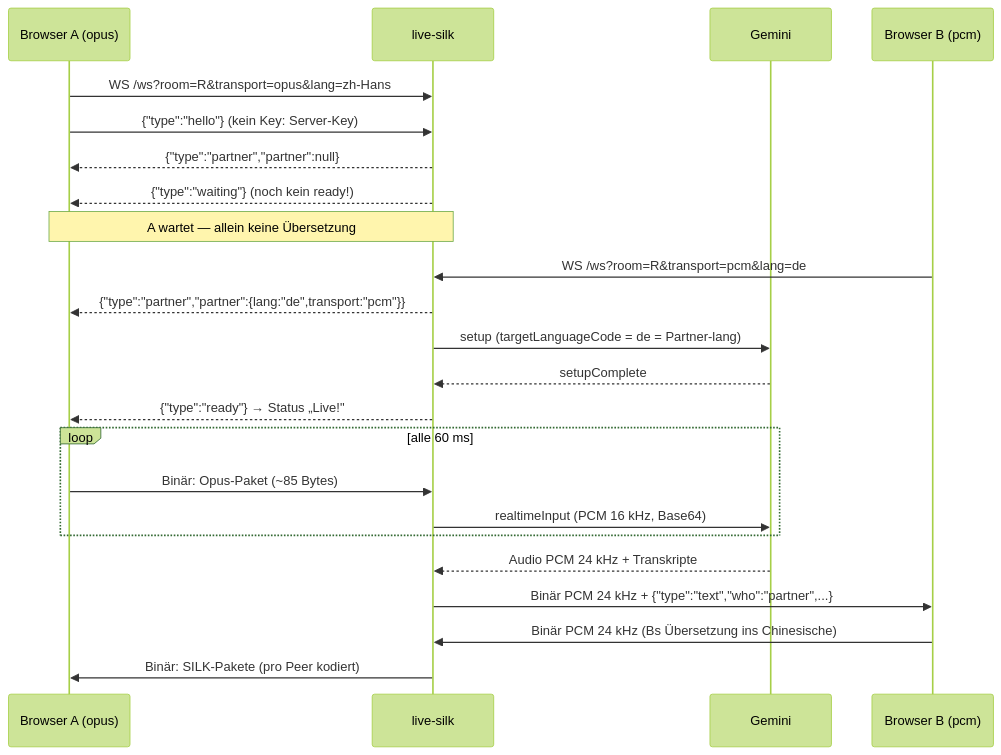
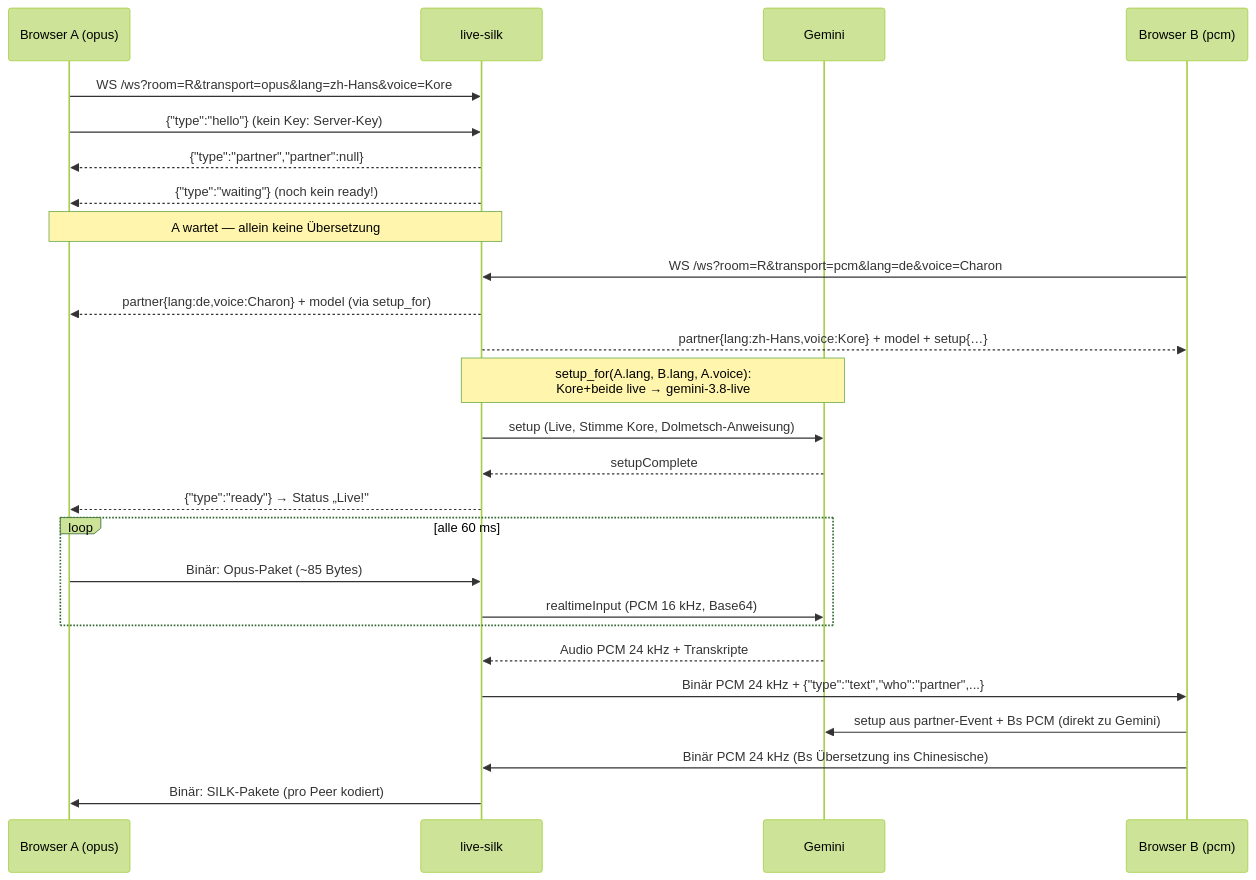
Before and after one commit to plops/cl-rust-generator: the second of 3 diagrams in examples/37_live/plan/20261027_01_silk/walkthrough.md, drawn with Mermaid (forest theme). The commit also changed other lines of this file and 2 other files, not shown here.

First line of the commit message:
docs(37_live): stimmenwahl, zwei modelle und sprachmengen

````diff
--- a/examples/37_live/plan/20261027_01_silk/walkthrough.md
+++ b/examples/37_live/plan/20261027_01_silk/walkthrough.md
@@ -111,25 +124,28 @@
 ```mermaid
 sequenceDiagram
     participant A as Browser A (opus)
     participant S as live-silk
     participant G as Gemini
     participant B as Browser B (pcm)
-    A->>S: WS /ws?room=R&transport=opus&lang=zh-Hans
+    A->>S: WS /ws?room=R&transport=opus&lang=zh-Hans&voice=Kore
     A->>S: {"type":"hello"}  (kein Key: Server-Key)
     S-->>A: {"type":"partner","partner":null}
     S-->>A: {"type":"waiting"}  (noch kein ready!)
     Note over A,S: A wartet — allein keine Übersetzung
-    B->>S: WS /ws?room=R&transport=pcm&lang=de
-    S-->>A: {"type":"partner","partner":{lang:"de",transport:"pcm"}}
-    S->>G: setup (targetLanguageCode = de = Partner-lang)
+    B->>S: WS /ws?room=R&transport=pcm&lang=de&voice=Charon
+    S-->>A: partner{lang:de,voice:Charon} + model (via setup_for)
+    S-->>B: partner{lang:zh-Hans,voice:Kore} + model + setup{…}
+    Note over S,G: setup_for(A.lang, B.lang, A.voice):<br/>Kore+beide live → gemini-3.8-live
+    S->>G: setup (Live, Stimme Kore, Dolmetsch-Anweisung)
     G-->>S: setupComplete
     S-->>A: {"type":"ready"} → Status „Live!"
     loop alle 60 ms
         A->>S: Binär: Opus-Paket (~85 Bytes)
         S->>G: realtimeInput (PCM 16 kHz, Base64)
     end
     G-->>S: Audio PCM 24 kHz + Transkripte
     S->>B: Binär PCM 24 kHz + {"type":"text","who":"partner",...}
+    B->>G: setup aus partner-Event + Bs PCM (direkt zu Gemini)
     B->>S: Binär PCM 24 kHz (Bs Übersetzung ins Chinesische)
     S->>A: Binär: SILK-Pakete (pro Peer kodiert)
 ```
````
